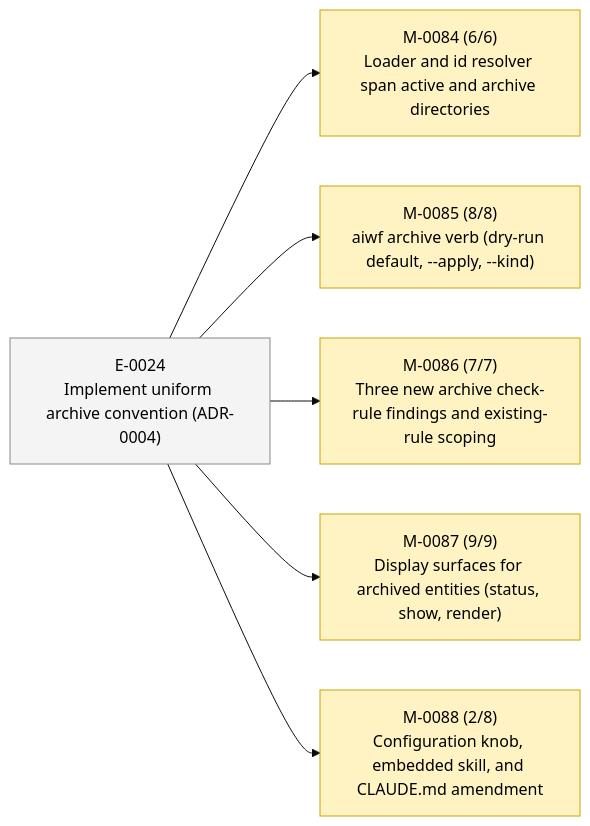
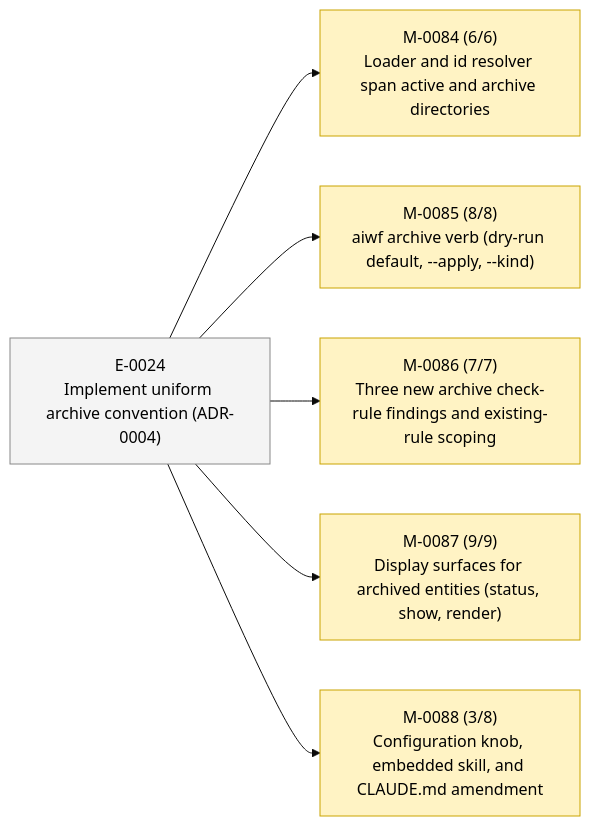
One commit to 23min/aiwf changed the second of 2 diagrams in STATUS.md. Above: the diagram before and after it, drawn with Mermaid (base theme). The commit also changed other lines of this file and 1 other file, not shown here.

````diff
--- a/STATUS.md
+++ b/STATUS.md
@@ -49,20 +49,20 @@
 ```mermaid
 flowchart LR
   E_0024["E-0024<br/>Implement uniform archive convention (ADR-0004)"]:::epic_proposed
   M_0084["M-0084 (6/6)<br/>Loader and id resolver span active and archive directories"]:::ms_in_progress
   E_0024 --> M_0084
   M_0085["M-0085 (8/8)<br/>aiwf archive verb (dry-run default, --apply, --kind)"]:::ms_in_progress
   E_0024 --> M_0085
   M_0086["M-0086 (7/7)<br/>Three new archive check-rule findings and existing-rule scoping"]:::ms_in_progress
   E_0024 --> M_0086
   M_0087["M-0087 (9/9)<br/>Display surfaces for archived entities (status, show, render)"]:::ms_in_progress
   E_0024 --> M_0087
-  M_0088["M-0088 (2/8)<br/>Configuration knob, embedded skill, and CLAUDE.md amendment"]:::ms_in_progress
+  M_0088["M-0088 (3/8)<br/>Configuration knob, embedded skill, and CLAUDE.md amendment"]:::ms_in_progress
   E_0024 --> M_0088
   classDef epic_active fill:#d6eaff,stroke:#1a73e8,color:#000
   classDef epic_proposed fill:#f4f4f4,stroke:#888,color:#000
   classDef ms_done fill:#d8f5d8,stroke:#2a8a2a,color:#000
   classDef ms_in_progress fill:#fff3c4,stroke:#caa400,color:#000
   classDef ms_draft fill:#f4f4f4,stroke:#888,color:#000
   classDef ms_cancelled fill:#fbeaea,stroke:#c33,color:#000
 ```
````
